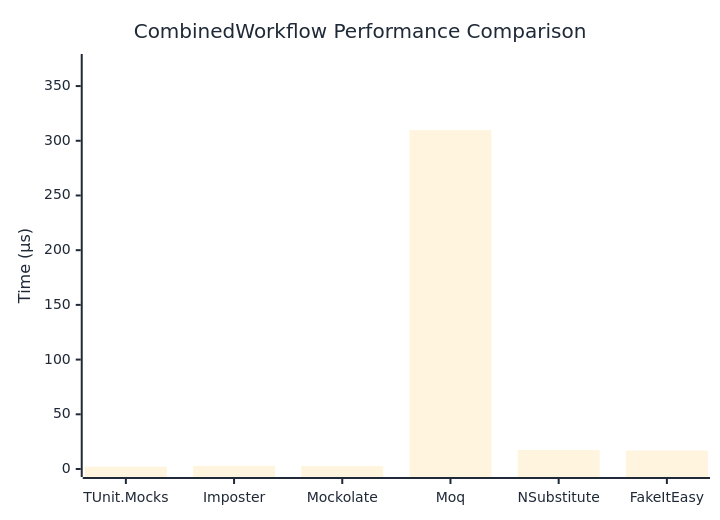
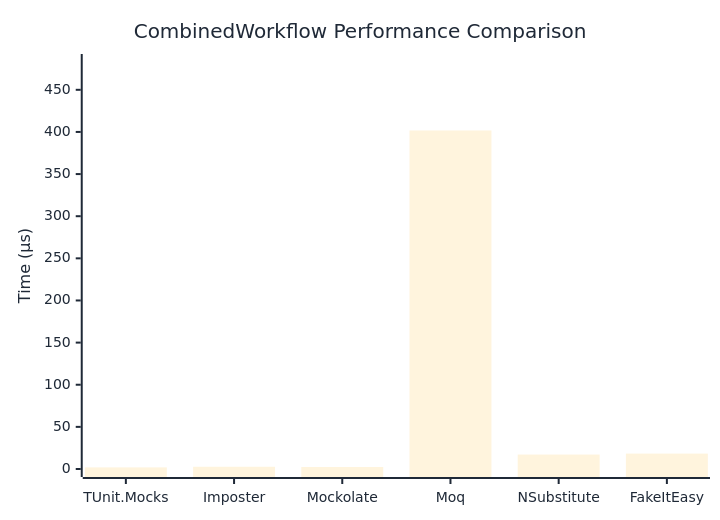
One commit to thomhurst/TUnit changed the diagram in docs/docs/benchmarks/mocks/CombinedWorkflow.md. Above: the diagram before and after it, drawn with Mermaid. The commit also changed other lines of this file and 14 other files, not shown here.

````diff
--- a/docs/docs/benchmarks/mocks/CombinedWorkflow.md
+++ b/docs/docs/benchmarks/mocks/CombinedWorkflow.md
@@ -28,27 +28,27 @@
 ```mermaid
 %%{init: {
   'theme':'base',
   'themeVariables': {
     'primaryColor': '#2563eb',
     'primaryTextColor': '#1f2937',
     'primaryBorderColor': '#1e40af',
     'lineColor': '#6b7280',
     'secondaryColor': '#7c3aed',
     'tertiaryColor': '#dc2626',
     'background': '#ffffff',
     'pie1': '#2563eb',
     'pie2': '#7c3aed',
     'pie3': '#dc2626',
     'pie4': '#f59e0b',
     'pie5': '#10b981',
     'pie6': '#06b6d4',
     'pie7': '#ec4899',
     'pie8': '#6366f1'
   }
 }}%%
 xychart-beta
   title "CombinedWorkflow Performance Comparison"
   x-axis ["TUnit.Mocks", "Imposter", "Mockolate", "Moq", "NSubstitute", "FakeItEasy"]
-  y-axis "Time (μs)" 0 --> 372
-  bar [2.105, 2.831, 2.61, 309.758, 17.326, 16.829]
+  y-axis "Time (μs)" 0 --> 483
+  bar [1.926, 2.658, 2.403, 401.741, 17.151, 18.276]
 ```
````
